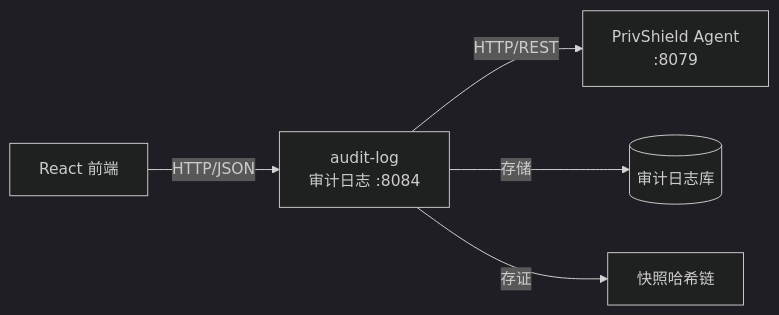
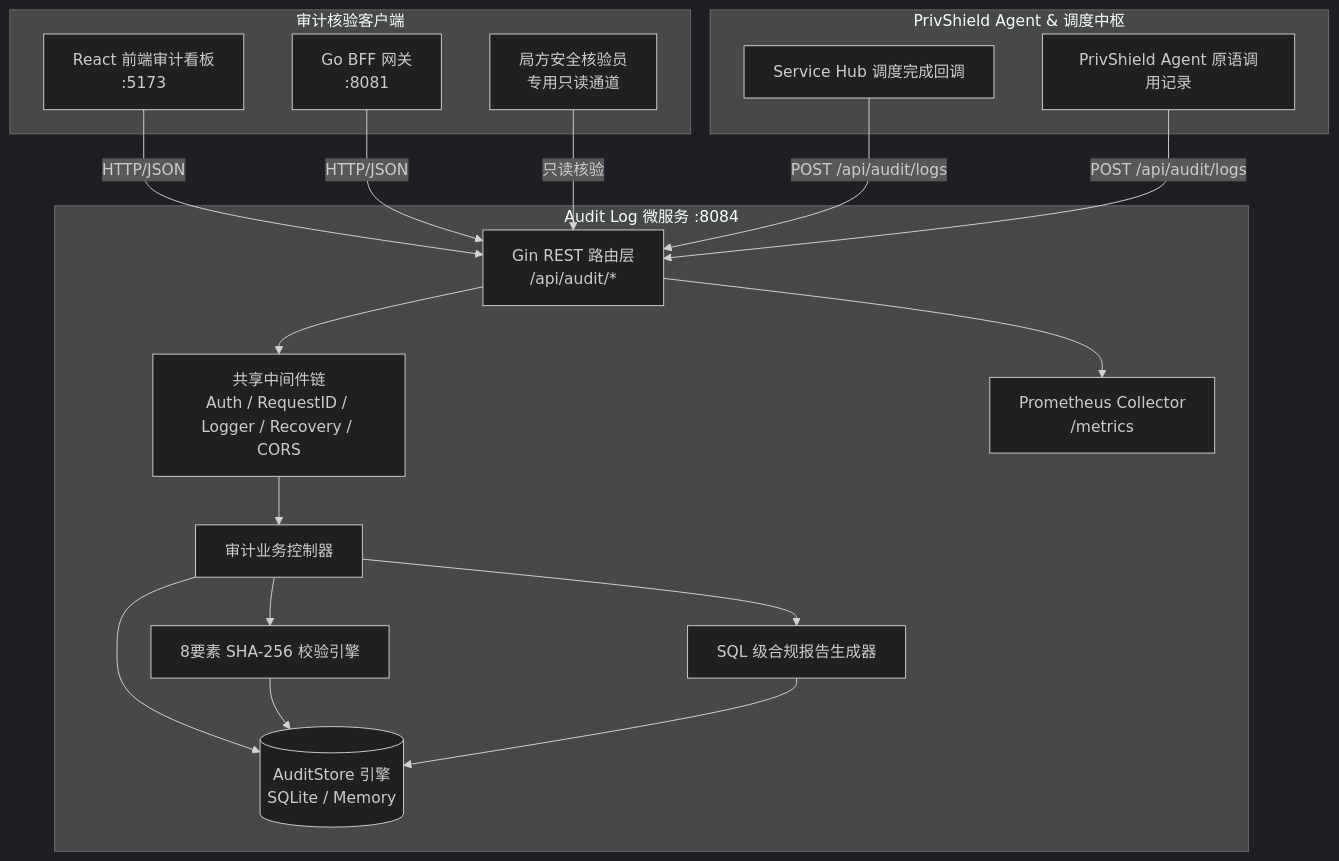
The diagram in console/audit-log/docs/design.md (fengzhizi319/PrivShield), drawn with Mermaid (dark theme) before and after one commit. The commit also changed other lines of this file and 20 other files, not shown here.

````diff
--- a/console/audit-log/docs/design.md
+++ b/console/audit-log/docs/design.md
@@ -14,7 +21,42 @@
 ```mermaid
-graph LR
-    A[React 前端] -->|HTTP/JSON| B[audit-log<br/>审计日志 :8084]
-    B -->|HTTP/REST| C[PrivShield Agent<br/>:8079]
-    B -->|存储| D[(审计日志库)]
-    B -->|存证| E[快照哈希链]
+graph TD
+    subgraph Clients [审计核验客户端]
+        WebConsole[React 前端审计看板<br/>:5173]
+        GatewayBFF[Go BFF 网关<br/>:8081]
+        Auditor[局方安全核验员<br/>专用只读通道]
+    end
+
+    subgraph AuditLogService [Audit Log 微服务 :8084]
+        HTTPRouter[Gin REST 路由层<br/>/api/audit/*]
+        MiddlewareStack[共享中间件链<br/>Auth / RequestID / Logger / Recovery / CORS]
+        PromMetrics[Prometheus Collector<br/>/metrics]
+
+        AuditController[审计业务控制器]
+        IntegrityEngine[8要素 SHA-256 校验引擎]
+        ReportGenerator[SQL 级合规报告生成器]
+
+        AuditStore[(AuditStore 引擎<br/>SQLite / Memory)]
+    end
+
+    subgraph Upstream [PrivShield Agent & 调度中枢]
+        ServiceHub[Service Hub 调度完成回调]
+        CoreAgent[PrivShield Agent 原语调用记录]
+    end
+
+    WebConsole -->|HTTP/JSON| HTTPRouter
+    GatewayBFF -->|HTTP/JSON| HTTPRouter
+    Auditor -->|只读核验| HTTPRouter
+
+    ServiceHub -->|POST /api/audit/logs| HTTPRouter
+    CoreAgent -->|POST /api/audit/logs| HTTPRouter
+
+    HTTPRouter --> MiddlewareStack
+    MiddlewareStack --> AuditController
+    HTTPRouter --> PromMetrics
+
+    AuditController --> IntegrityEngine
+    AuditController --> ReportGenerator
+    AuditController --> AuditStore
+    IntegrityEngine --> AuditStore
+    ReportGenerator --> AuditStore
 ```
````
